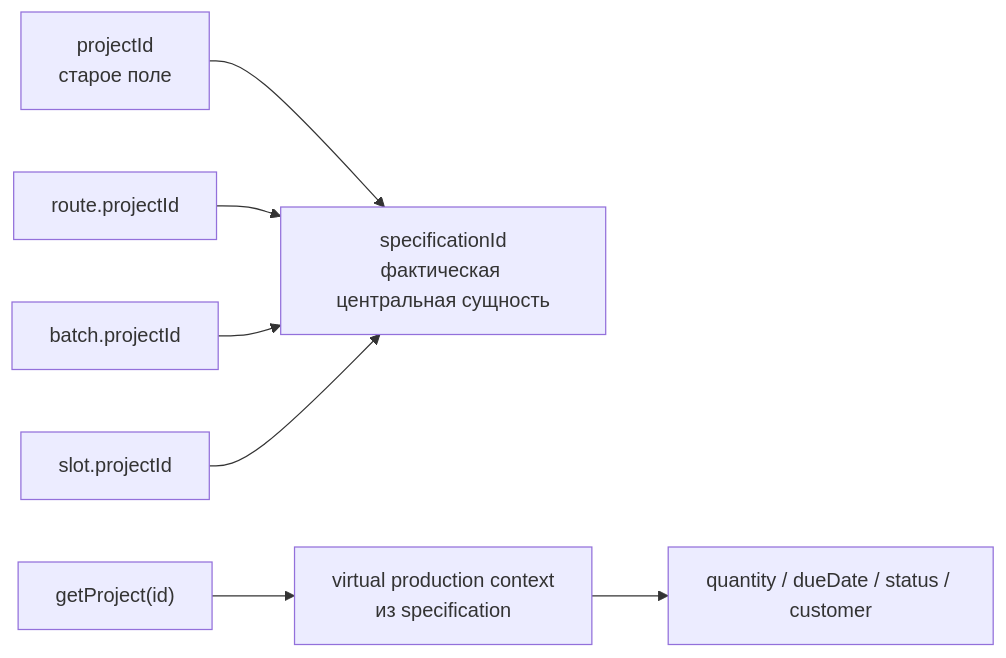
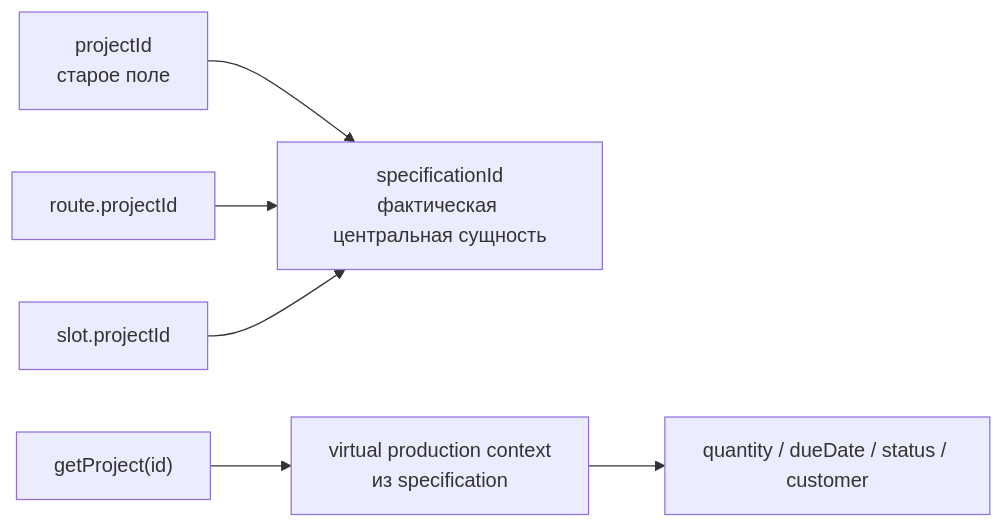
The fourth of 6 diagrams in docs/object-relationship-map.md (vladislav241194/mes-staging), drawn with Mermaid before and after one commit. The commit also changed other lines of this file and 9 other files, not shown here.

````diff
--- a/docs/object-relationship-map.md
+++ b/docs/object-relationship-map.md
@@ -357,9 +354,8 @@
 ```mermaid
 flowchart LR
   OLD["projectId<br/>старое поле"] --> NEW["specificationId<br/>фактическая центральная сущность"]
   GP["getProject(id)"] --> PC["virtual production context<br/>из specification"]
   PC --> Q["quantity / dueDate / status / customer"]
   R["route.projectId"] --> NEW
-  B["batch.projectId"] --> NEW
   S["slot.projectId"] --> NEW
 ```
````
